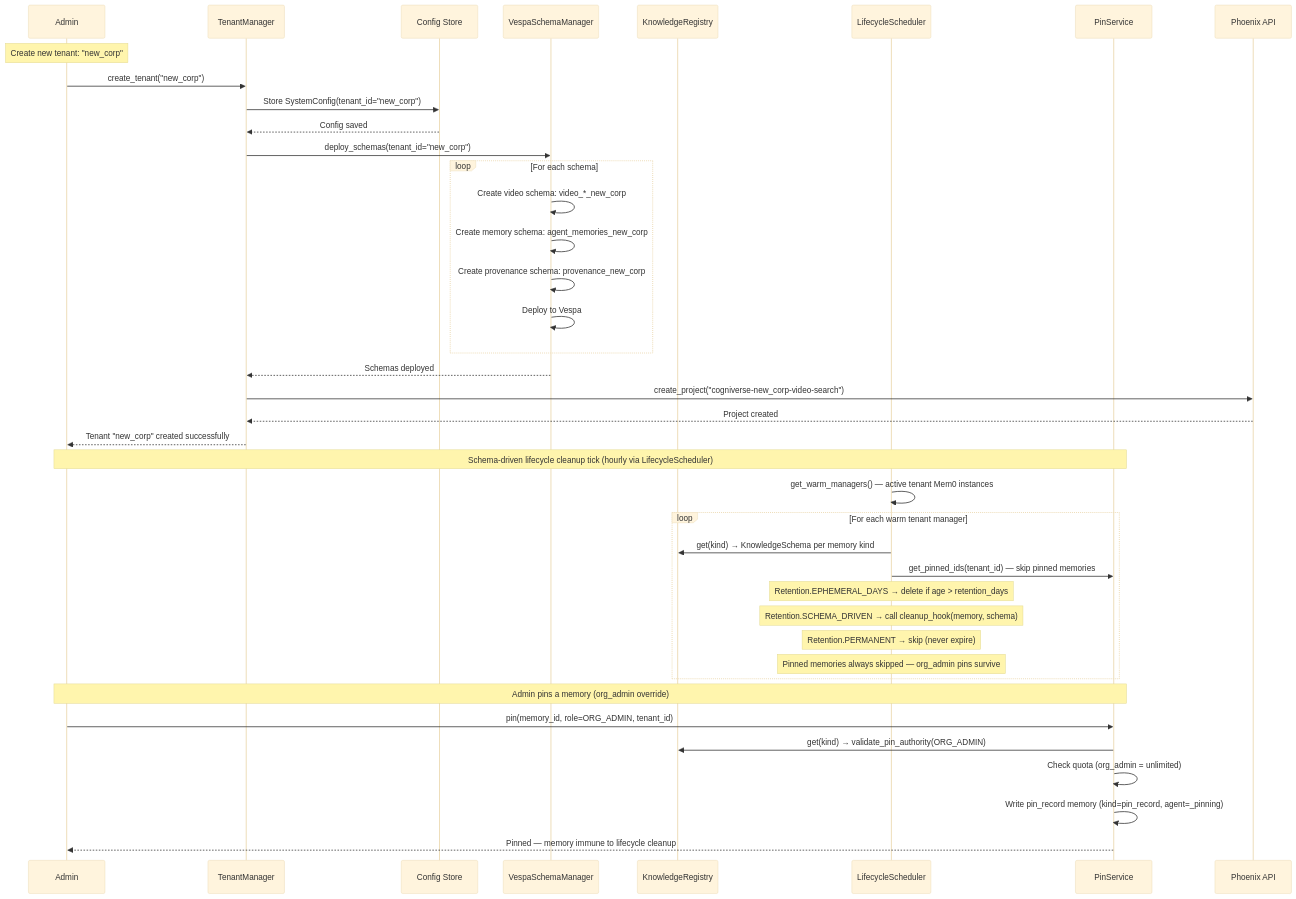
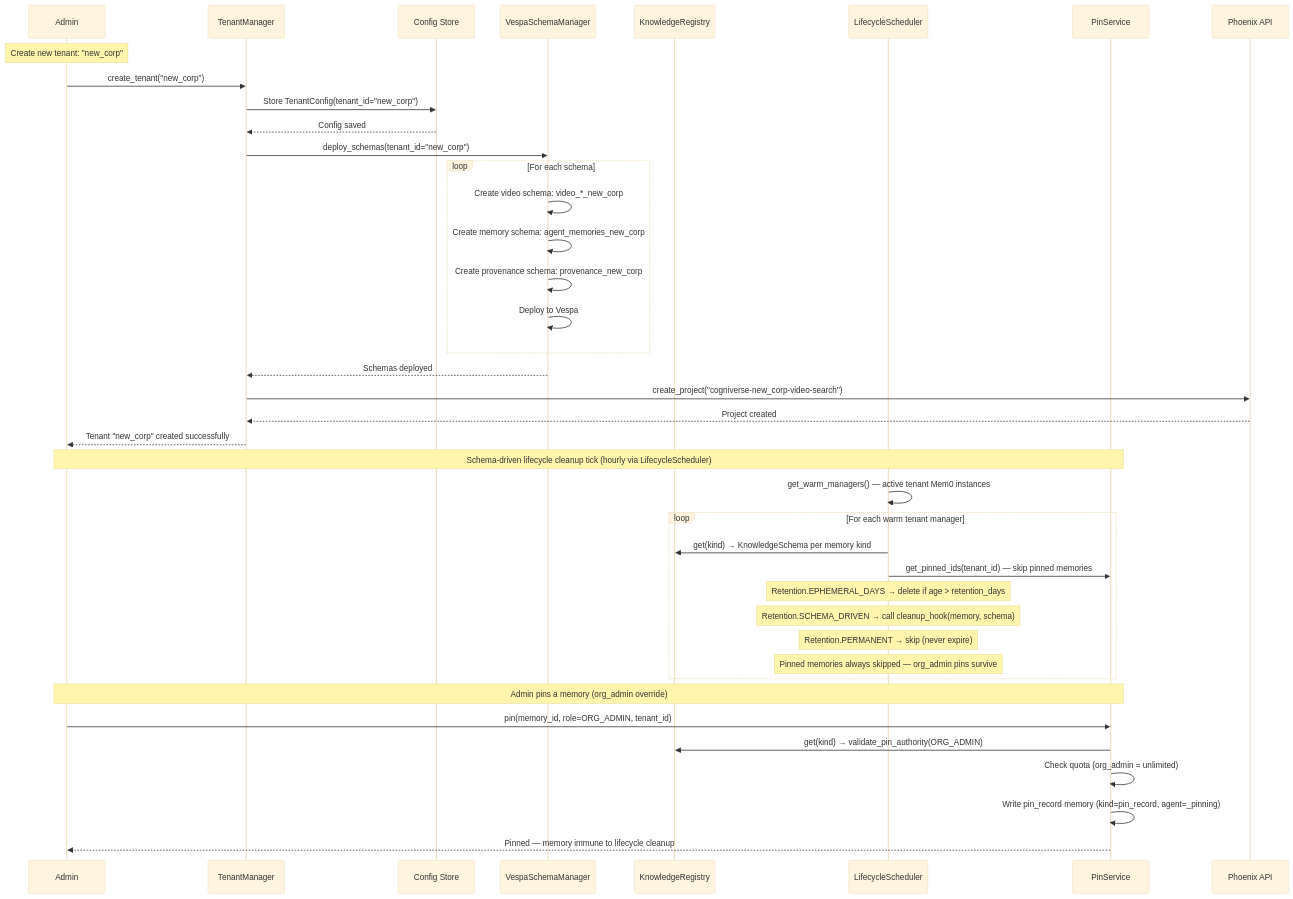
One commit to amit-jain/cogniverse changed diagram 17 of 21 in docs/diagrams/multi-tenant-diagrams.md. Above: the diagram before and after it, drawn with Mermaid (base theme). The commit also changed other lines of this file and 21 other files, not shown here.

````diff
--- a/docs/diagrams/multi-tenant-diagrams.md
+++ b/docs/diagrams/multi-tenant-diagrams.md
@@ -754,51 +754,51 @@
 ```mermaid
 sequenceDiagram
     participant Admin as Admin
     participant TenantMgr as TenantManager
     participant ConfigStore as Config Store
     participant SchemaManager as VespaSchemaManager
     participant KnowledgeReg as KnowledgeRegistry
     participant LifecycleSched as LifecycleScheduler
     participant PinService as PinService
     participant Phoenix as Phoenix API
 
     Note over Admin: Create new tenant: "new_corp"
 
     Admin->>TenantMgr: create_tenant("new_corp")
 
-    TenantMgr->>ConfigStore: Store SystemConfig(tenant_id="new_corp")
+    TenantMgr->>ConfigStore: Store TenantConfig(tenant_id="new_corp")
     ConfigStore-->>TenantMgr: Config saved
 
     TenantMgr->>SchemaManager: deploy_schemas(tenant_id="new_corp")
     loop For each schema
         SchemaManager->>SchemaManager: Create video schema: video_*_new_corp
         SchemaManager->>SchemaManager: Create memory schema: agent_memories_new_corp
         SchemaManager->>SchemaManager: Create provenance schema: provenance_new_corp
         SchemaManager->>SchemaManager: Deploy to Vespa
     end
     SchemaManager-->>TenantMgr: Schemas deployed
 
     TenantMgr->>Phoenix: create_project("cogniverse-new_corp-video-search")
     Phoenix-->>TenantMgr: Project created
 
     TenantMgr-->>Admin: Tenant "new_corp" created successfully
 
     Note over Admin,PinService: Schema-driven lifecycle cleanup tick (hourly via LifecycleScheduler)
 
     LifecycleSched->>LifecycleSched: get_warm_managers() — active tenant Mem0 instances
     loop For each warm tenant manager
         LifecycleSched->>KnowledgeReg: get(kind) → KnowledgeSchema per memory kind
         LifecycleSched->>PinService: get_pinned_ids(tenant_id) — skip pinned memories
         Note over LifecycleSched: Retention.EPHEMERAL_DAYS → delete if age > retention_days
         Note over LifecycleSched: Retention.SCHEMA_DRIVEN → call cleanup_hook(memory, schema)
         Note over LifecycleSched: Retention.PERMANENT → skip (never expire)
         Note over LifecycleSched: Pinned memories always skipped — org_admin pins survive
     end
 
     Note over Admin,PinService: Admin pins a memory (org_admin override)
     Admin->>PinService: pin(memory_id, role=ORG_ADMIN, tenant_id)
     PinService->>KnowledgeReg: get(kind) → validate_pin_authority(ORG_ADMIN)
     PinService->>PinService: Check quota (org_admin = unlimited)
     PinService->>PinService: Write pin_record memory (kind=pin_record, agent=_pinning)
     PinService-->>Admin: Pinned — memory immune to lifecycle cleanup
 ```
````
